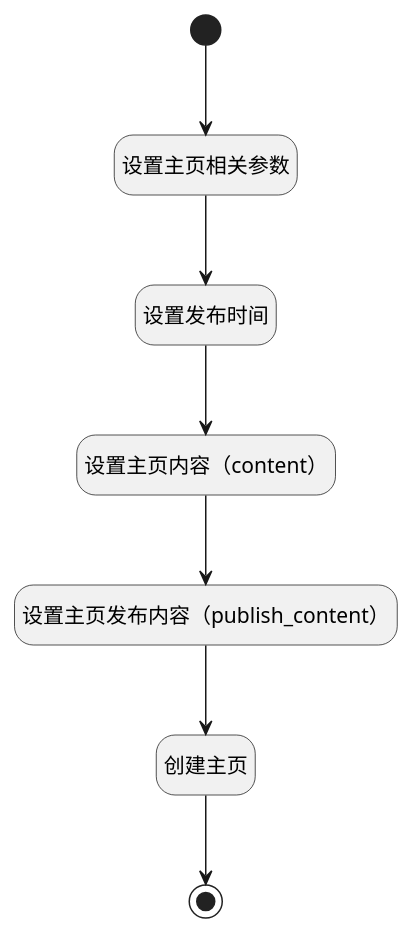
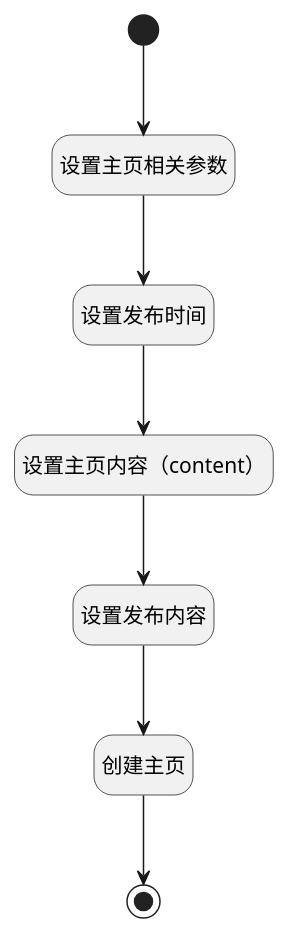
The diagram in doc/docsify/module/Wiki/space/logic/auto_create_home_page.md (iBizLab/plm), drawn with PlantUML before and after one commit. The commit also changed other lines of this file and 4084 other files, not shown here.

````diff
--- a/doc/docsify/module/Wiki/space/logic/auto_create_home_page.md
+++ b/doc/docsify/module/Wiki/space/logic/auto_create_home_page.md
@@ -7,29 +7,29 @@
 ```plantuml
 @startuml
 hide empty description
 <style>
 root {
   HyperlinkColor #42b983
 }
 </style>
 
 hide empty description
 state "开始" as Begin <<start>> [[$./auto_create_home_page#begin {"开始"}]]
-state "结束" as END1 <<end>> [[$./auto_create_home_page#end1 {"结束"}]]
 state "设置主页相关参数" as PREPAREPARAM1  [[$./auto_create_home_page#prepareparam1 {"设置主页相关参数"}]]
 state "创建主页" as DEACTION1  [[$./auto_create_home_page#deaction1 {"创建主页"}]]
+state "结束" as END1 <<end>> [[$./auto_create_home_page#end1 {"结束"}]]
 state "设置发布时间" as RAWSFCODE3  [[$./auto_create_home_page#rawsfcode3 {"设置发布时间"}]]
 state "设置主页内容（content）" as RAWSFCODE1  [[$./auto_create_home_page#rawsfcode1 {"设置主页内容（content）"}]]
-state "设置主页发布内容（publish_content）" as RAWSFCODE2  [[$./auto_create_home_page#rawsfcode2 {"设置主页发布内容（publish_content）"}]]
+state "设置发布内容" as PREPAREPARAM_01  [[$./auto_create_home_page#prepareparam_01 {"设置发布内容"}]]
 
 
 Begin --> PREPAREPARAM1
 PREPAREPARAM1 --> RAWSFCODE3
 RAWSFCODE3 --> RAWSFCODE1
-RAWSFCODE1 --> RAWSFCODE2
-RAWSFCODE2 --> DEACTION1
+RAWSFCODE1 --> PREPAREPARAM_01
+PREPAREPARAM_01 --> DEACTION1
 DEACTION1 --> END1
 
 
 @enduml
 ```
````
